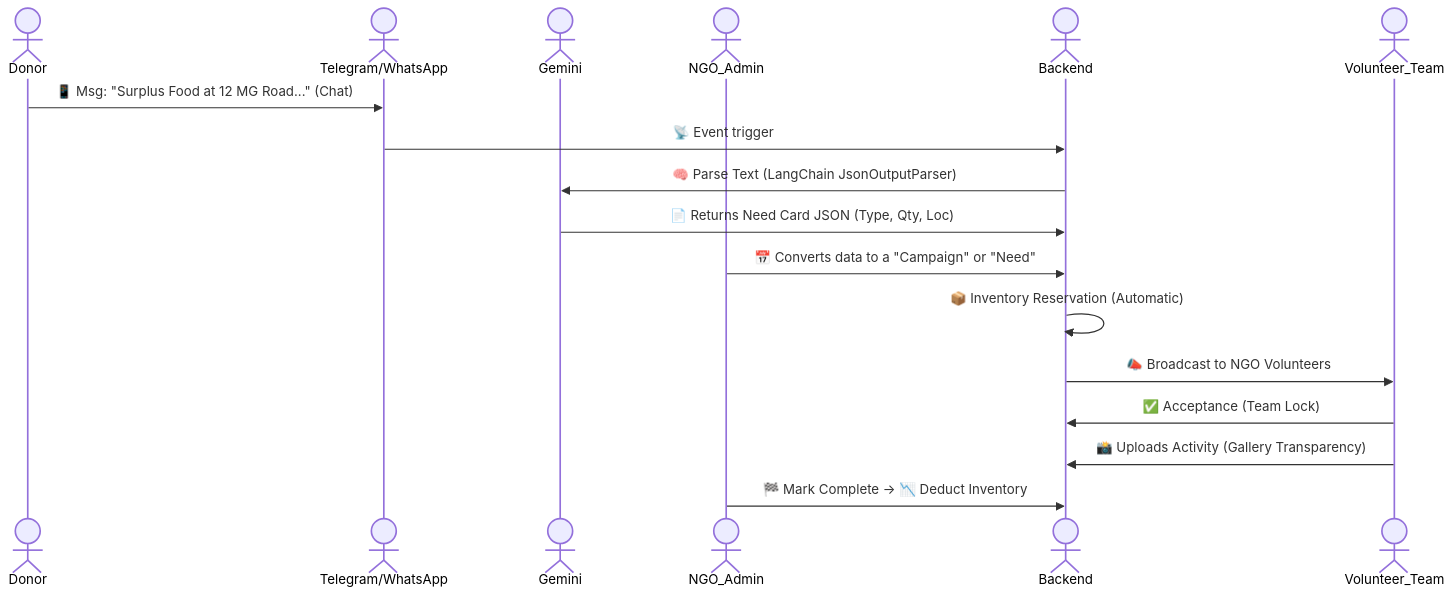
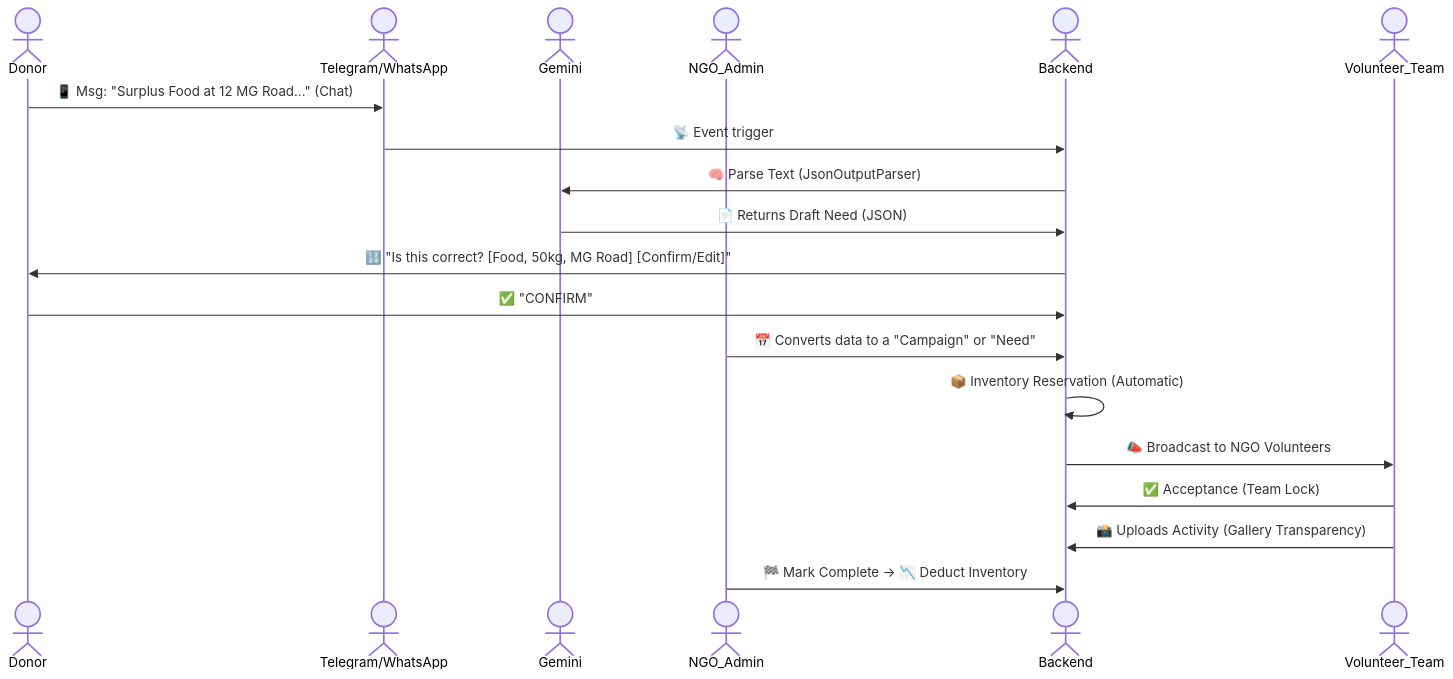
The third of 6 diagrams in docs/operational_workflows.md (bibhav1108/backend), drawn with Mermaid before and after one commit. The commit also changed other lines of this file, not shown here.

Commit message:
docs: finalized Version 2.0 and 2.1 split in operational workflows

````diff
--- a/docs/operational_workflows.md
+++ b/docs/operational_workflows.md
@@ -120,22 +120,25 @@
 ```mermaid
 sequenceDiagram
     actor Donor
     actor Telegram/WhatsApp
     actor Gemini
     actor NGO_Admin
     actor Backend
     actor Volunteer_Team
 
     Donor->>Telegram/WhatsApp: 📱 Msg: "Surplus Food at 12 MG Road..." (Chat)
     Telegram/WhatsApp->>Backend: 📡 Event trigger
-    Backend->>Gemini: 🧠 Parse Text (LangChain JsonOutputParser)
-    Gemini->>Backend: 📄 Returns Need Card JSON (Type, Qty, Loc)
+    Backend->>Gemini: 🧠 Parse Text (JsonOutputParser)
+    Gemini->>Backend: 📄 Returns Draft Need (JSON)
+    
+    Backend->>Donor: 🔢 "Is this correct? [Food, 50kg, MG Road] [Confirm/Edit]"
+    Donor->>Backend: ✅ "CONFIRM"
     
     NGO_Admin->>Backend: 📅 Converts data to a "Campaign" or "Need"
     Backend->>Backend: 📦 Inventory Reservation (Automatic)
     
     Backend->>Volunteer_Team: 📣 Broadcast to NGO Volunteers
     Volunteer_Team->>Backend: ✅ Acceptance (Team Lock)
     Volunteer_Team->>Backend: 📸 Uploads Activity (Gallery Transparency)
     NGO_Admin->>Backend: 🏁 Mark Complete → 📉 Deduct Inventory
 ```
````
